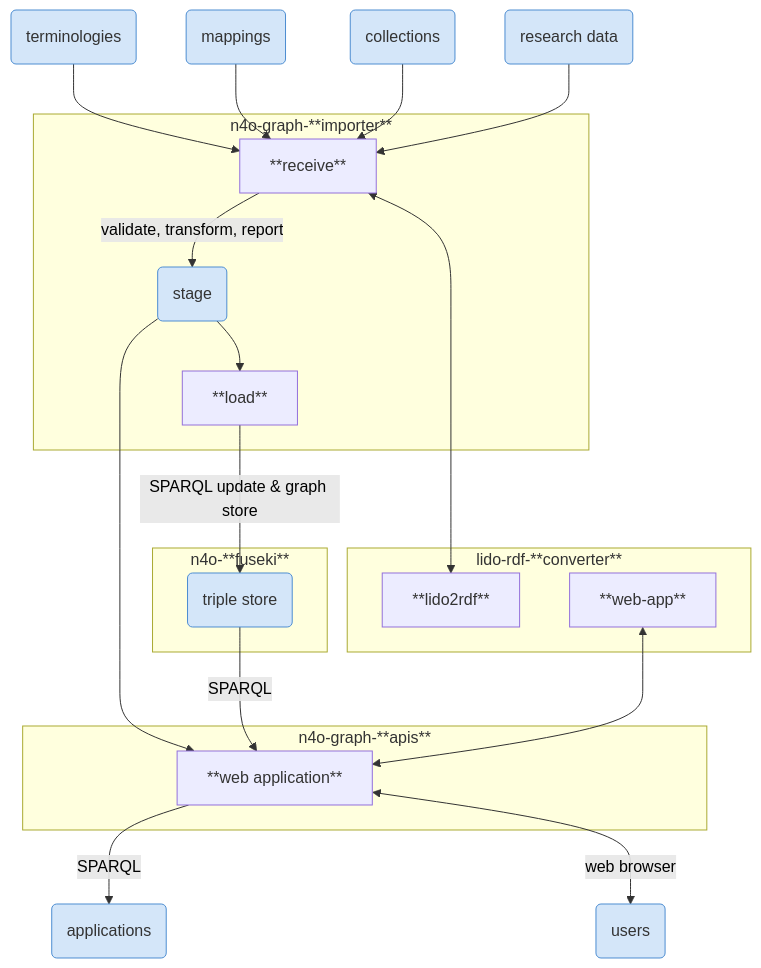
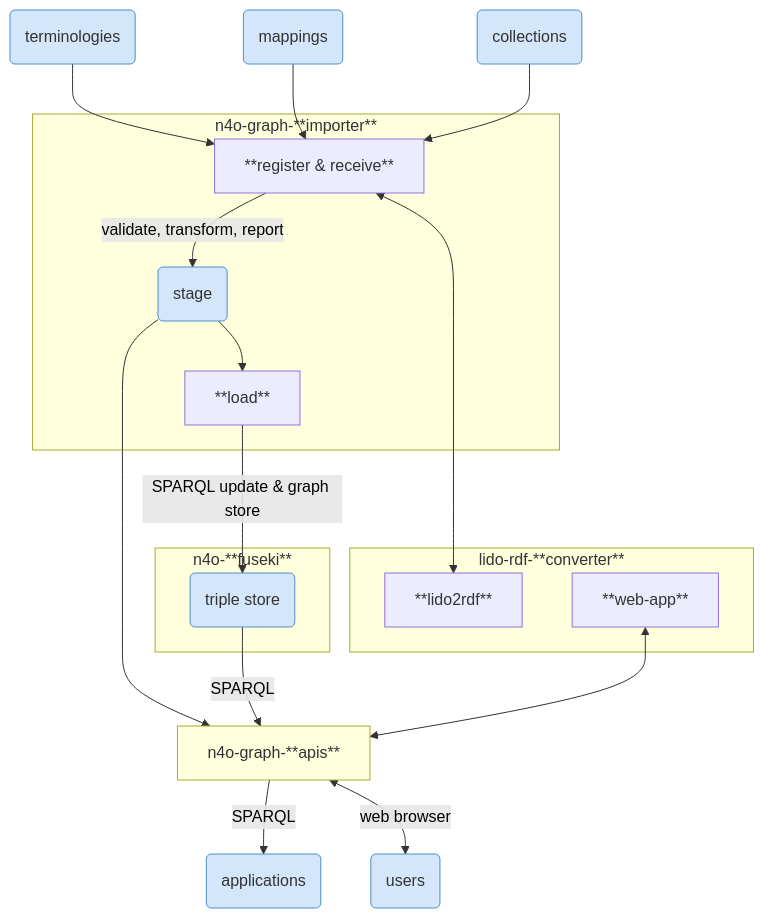
One commit to nfdi4objects/n4o-graph changed the diagram in manual/architecture.qmd. Above: the diagram before and after it, drawn with Mermaid.

Commit message:
Modify Systemarchitektur diagramm

````diff
--- a/manual/architecture.qmd
+++ b/manual/architecture.qmd
@@ -12,44 +12,39 @@
 ```{mermaid}
 graph TD
     terminologies(terminologies) --> receive
     mappings(mappings) --> receive
     collections(collections) --> receive
-    data(research data) --> receive
     stage(stage)
 
     subgraph importer ["n4o-graph-**importer**"]
-        receive[**receive**]
+        receive[**register & receive**]
         receive -- validate, transform, report --> stage
         stage --> load
         load[**load**]
     end
     subgraph fuseki ["n4o-**fuseki**"]
         kg(triple store)
     end
-    subgraph n4ograph ["n4o-graph-**apis**"]
-        ui[**web application**]
-    end
     subgraph lido ["lido-rdf-**converter**"]
         lido2rdf[**lido2rdf**]
         web-app[**web-app**]
     end
-
-    stage --> ui
-    kg -- SPARQL --> ui
-    ui -- SPARQL --> apps(applications)
+    stage --> n4ograph["n4o-graph-**apis**"]
+    kg -- SPARQL --> n4ograph
+    n4ograph -- SPARQL --> apps(applications)
 
     receive <--> lido2rdf
     load -- SPARQL update & graph store --> kg
 
-    web-app <--> ui
+    web-app <--> n4ograph
 
-    ui <--web browser--> users(users)
+    n4ograph <--web browser--> users(users)
     
 classDef data stroke:#4d8dd1, fill:#D4E6F9, color:#333;
 classDef prime fill: #ECECFF, color:#333, stroke:#9370DB;
 classDef box fill:#ffffde, stroke:#aaaa33, color:#333;
-class terminologies,mappings,collections,data,stage,kg,apps,users data;
-class receive,load,ui,lido2rdf,web-app prime;
+class terminologies,mappings,collections,stage,kg,apps,users data;
+class receive,load,lido2rdf,web-app prime;
 class importer,fuseki,n4ograph,lido box;
 linkStyle default color:black;
 ```
````
